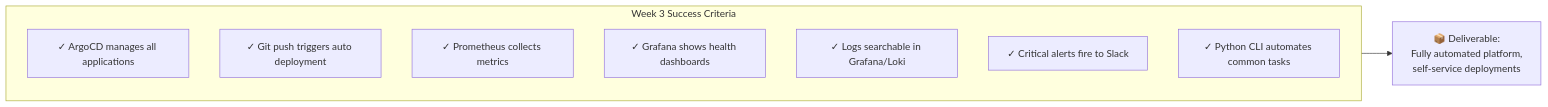
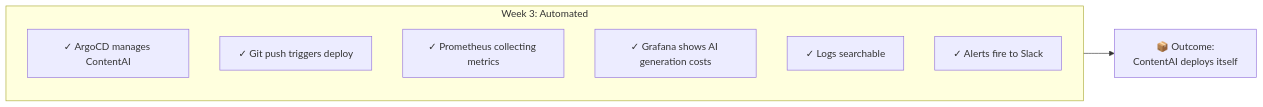
One commit to PearlThoughtsInternship/Internship-Obsidian-Vault changed the fourth of 6 diagrams in DevOps/04-Internship/02-Week-by-Week.md. Above: the diagram before and after it, drawn with Mermaid. The commit also changed other lines of this file and 4 other files, not shown here.

First line of the commit message:
Reframe all internship docs around ContentAI product narrative

````diff
--- a/DevOps/04-Internship/02-Week-by-Week.md
+++ b/DevOps/04-Internship/02-Week-by-Week.md
@@ -206,16 +209,15 @@
 ```mermaid
 flowchart LR
-    subgraph Success["Week 3 Success Criteria"]
-        C1["✓ ArgoCD manages all applications"]
-        C2["✓ Git push triggers auto deployment"]
-        C3["✓ Prometheus collects metrics"]
-        C4["✓ Grafana shows health dashboards"]
-        C5["✓ Logs searchable in Grafana/Loki"]
-        C6["✓ Critical alerts fire to Slack"]
-        C7["✓ Python CLI automates common tasks"]
+    subgraph Success["Week 3: Automated"]
+        C1["✓ ArgoCD manages ContentAI"]
+        C2["✓ Git push triggers deploy"]
+        C3["✓ Prometheus collecting metrics"]
+        C4["✓ Grafana shows AI generation costs"]
+        C5["✓ Logs searchable"]
+        C6["✓ Alerts fire to Slack"]
     end
 
-    Deliverable["📦 Deliverable:<br/>Fully automated platform,<br/>self-service deployments"]
+    Outcome["📦 Outcome:\nContentAI deploys itself"]
 
-    Success --> Deliverable
+    Success --> Outcome
 ```
````
